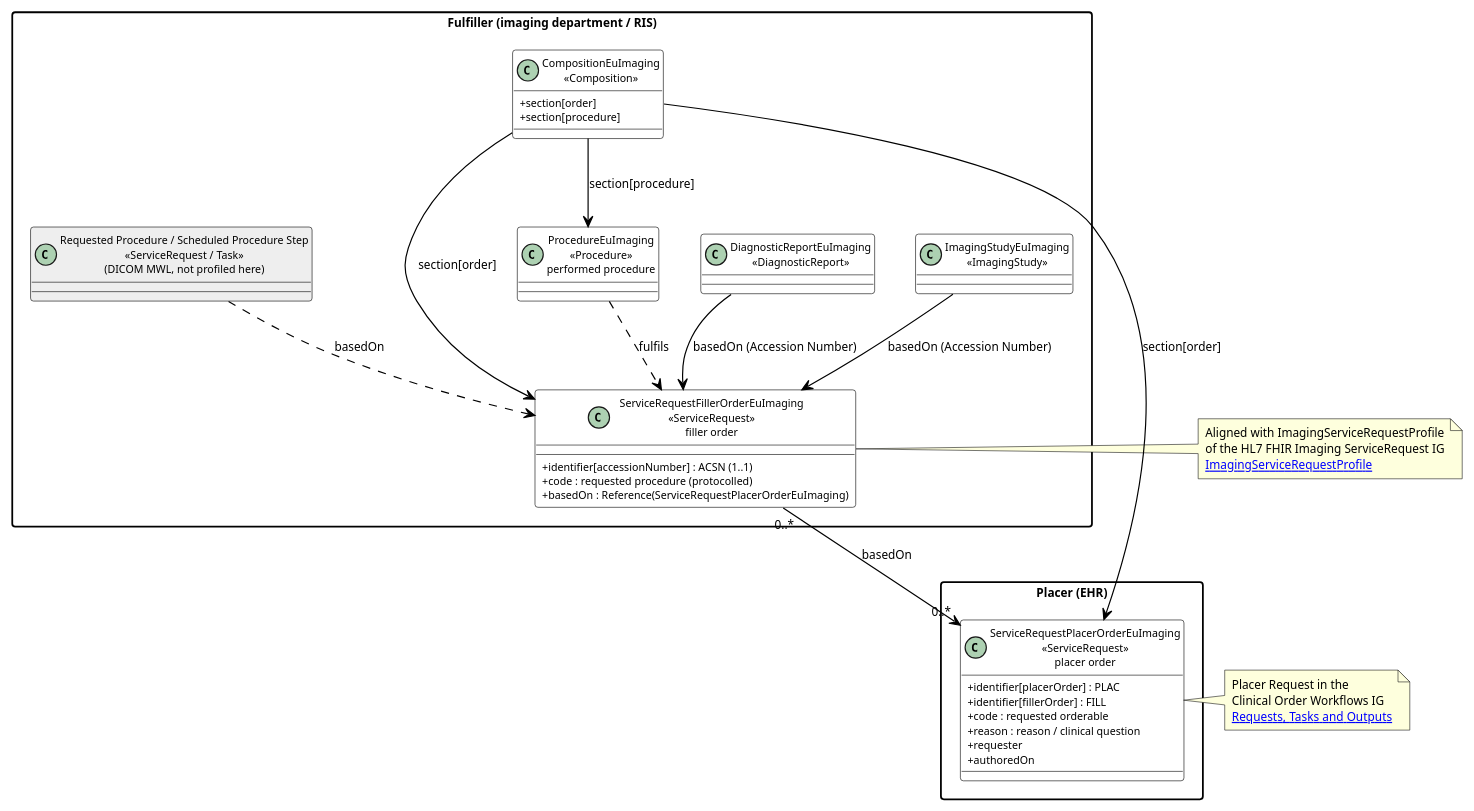
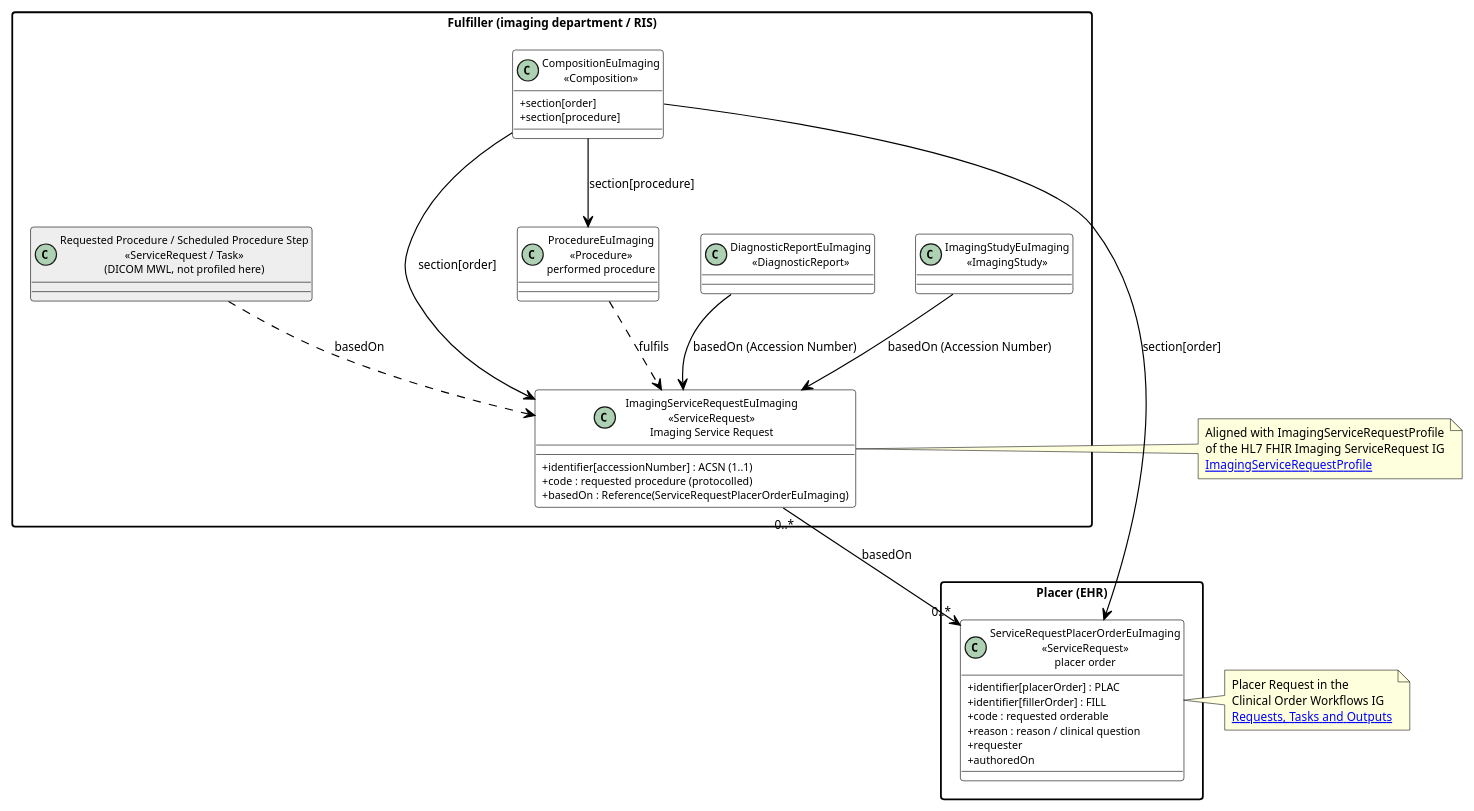
Before and after one commit to oijauregui/ehdsimaging-r5: the diagram in input/images-source/imaging-order-modeling.plantuml, drawn with PlantUML. The commit also changed 22 other files, not shown here.

```diff
--- a/input/images-source/imaging-order-modeling.plantuml
+++ b/input/images-source/imaging-order-modeling.plantuml
@@ -1,69 +1,69 @@
 @startuml imaging-order-modeling
 
 skinparam backgroundColor white
 skinparam handwritten false
 skinparam defaultFontSize 10
 skinparam classAttributeFontSize 9
 skinparam classAttributeIconSize 0
 skinparam packageStyle rectangle
 
 skinparam class {
   BackgroundColor White
   BorderColor Black
   ArrowColor Black
 }
 
 package "Placer (EHR)" as placer [[https://hl7.org/fhir/uv/cow/2025May/core-concepts.html#actors]] {
   class "ServiceRequestPlacerOrderEuImaging\n<<ServiceRequest>>\nplacer order" as Order [[./StructureDefinition-ServiceRequestPlacerOrderEuImaging.html]] {
     +identifier[placerOrder] : PLAC
     +identifier[fillerOrder] : FILL
     +code : requested orderable
     +reason : reason / clinical question
     +requester
     +authoredOn
   }
 }
 
 package "Fulfiller (imaging department / RIS)" as filler [[https://hl7.org/fhir/uv/cow/2025May/core-concepts.html#actors]] {
-  class "ServiceRequestFillerOrderEuImaging\n<<ServiceRequest>>\nfiller order" as ISR [[./StructureDefinition-ServiceRequestFillerOrderEuImaging.html]] {
+  class "ImagingServiceRequestEuImaging\n<<ServiceRequest>>\nImaging Service Request" as ISR [[./StructureDefinition-ImagingServiceRequestEuImaging.html]] {
     +identifier[accessionNumber] : ACSN (1..1)
     +code : requested procedure (protocolled)
     +basedOn : Reference(ServiceRequestPlacerOrderEuImaging)
   }
 
   class "ProcedureEuImaging\n<<Procedure>>\nperformed procedure" as Proc [[./StructureDefinition-ProcedureEuImaging.html]]
 
   class "ImagingStudyEuImaging\n<<ImagingStudy>>" as Study [[./StructureDefinition-ImagingStudyEuImaging.html]]
 
   class "DiagnosticReportEuImaging\n<<DiagnosticReport>>" as DR [[./StructureDefinition-DiagnosticReportEuImaging.html]]
 
   class "CompositionEuImaging\n<<Composition>>" as Comp [[./StructureDefinition-CompositionEuImaging.html]] {
     +section[order]
     +section[procedure]
   }
 
   class "Requested Procedure / Scheduled Procedure Step\n<<ServiceRequest / Task>>\n(DICOM MWL, not profiled here)" as MWL [[https://build.fhir.org/ig/HL7/imaging-service-request-ig/en/architecture.html#mwl-resource-reference-chain]] #EEEEEE
 }
 
 ISR "0..*" --> "0..*" Order : basedOn
 Study --> ISR : basedOn (Accession Number)
 DR --> ISR : basedOn (Accession Number)
 Comp --> Order : section[order]
 Comp --> ISR : section[order]
 Comp --> Proc : section[procedure]
 MWL ..> ISR : basedOn
 Proc ..> ISR : fulfils
 
 note right of ISR
   Aligned with ImagingServiceRequestProfile
   of the HL7 FHIR Imaging ServiceRequest IG
   [[https://build.fhir.org/ig/HL7/imaging-service-request-ig/en/StructureDefinition-imaging-service-request.html ImagingServiceRequestProfile]]
 end note
 
 note left of Order
   Placer Request in the
   Clinical Order Workflows IG
   [[https://hl7.org/fhir/uv/cow/2025May/core-concepts.html#requests-tasks-and-outputs-events Requests, Tasks and Outputs]]
 end note
 
 @enduml
```
